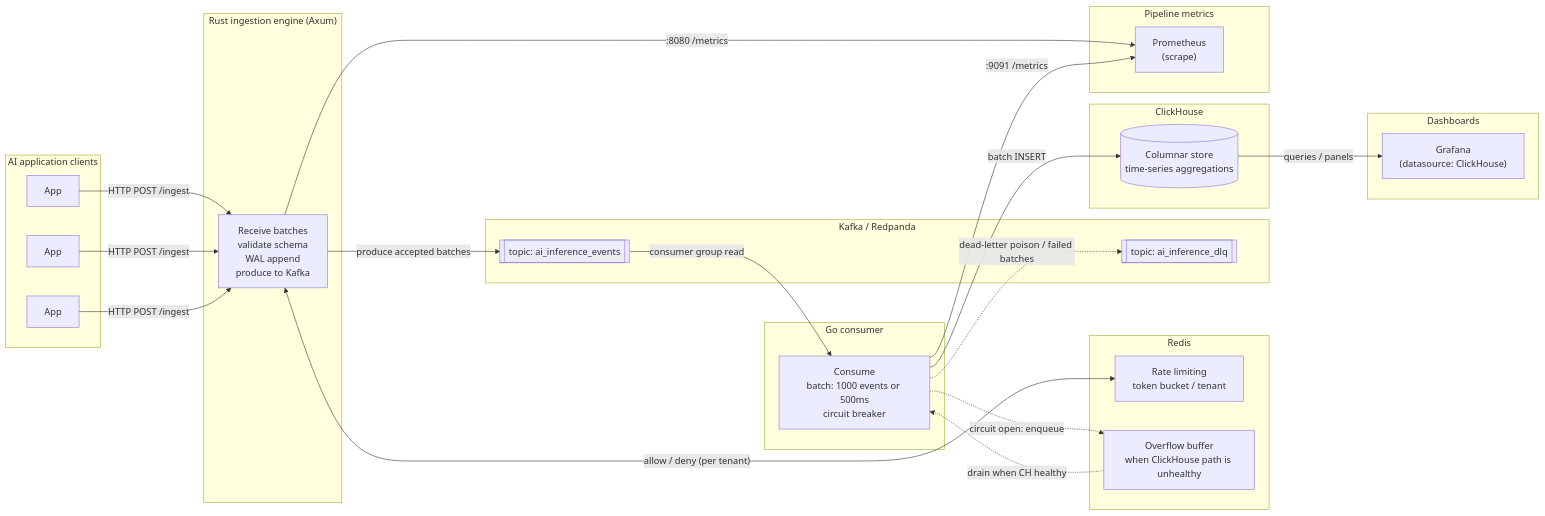
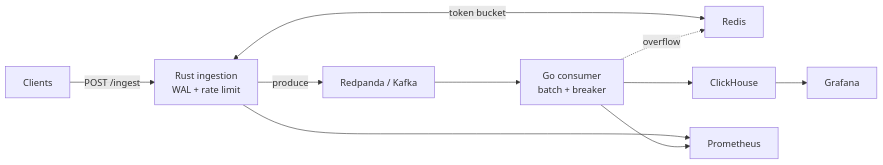
One commit to AkshantVats/infra-ai-streaming changed the diagram in README.md. Above: the diagram before and after it, drawn with Mermaid. The commit also changed other lines of this file and 26 other files, not shown here.

````diff
--- a/README.md
+++ b/README.md
@@ -29,50 +75,11 @@
 ```mermaid
 flowchart LR
-  subgraph clients["AI application clients"]
-    C1["App"]
-    C2["App"]
-    C3["App"]
-  end
-
-  subgraph rust["Rust ingestion engine (Axum)"]
-    R["Receive batches\nvalidate schema\nWAL append\nproduce to Kafka"]
-  end
-
-  subgraph redis["Redis"]
-    RL["Rate limiting\ntoken bucket / tenant"]
-    OV["Overflow buffer\nwhen ClickHouse path is unhealthy"]
-  end
-
-  subgraph kafka["Kafka / Redpanda"]
-    TEV[["topic: ai_inference_events"]]
-    TDLQ[["topic: ai_inference_dlq"]]
-  end
-
-  subgraph go["Go consumer"]
-    G["Consume\nbatch: 1000 events or 500ms\ncircuit breaker"]
-  end
-
-  subgraph ch["ClickHouse"]
-    CH[("Columnar store\ntime-series aggregations")]
-  end
-
-  subgraph viz["Dashboards"]
-    GF["Grafana\n(datasource: ClickHouse)"]
-  end
-
-  subgraph prom["Pipeline metrics"]
-    PR["Prometheus\n(scrape)"]
-  end
-
-  C1 & C2 & C3 -->|"HTTP POST /ingest"| R
-  R <-->|"allow / deny (per tenant)"| RL
-  R -->|"produce accepted batches"| TEV
-  TEV -->|"consumer group read"| G
-  G -->|"batch INSERT"| CH
-  G -.->|"circuit open: enqueue"| OV
-  G -.->|"dead-letter poison / failed batches"| TDLQ
-  OV -.->|"drain when CH healthy"| G
-  CH -->|"queries / panels"| GF
-  R -->|":8080 /metrics"| PR
-  G -->|":9091 /metrics"| PR
+  clients["Clients"] -->|"POST /ingest"| ingestion["Rust ingestion\nWAL + rate limit"]
+  ingestion <-->|"token bucket"| redis["Redis"]
+  ingestion -->|"produce"| kafka["Redpanda / Kafka"]
+  kafka --> consumer["Go consumer\nbatch + breaker"]
+  consumer --> clickhouse["ClickHouse"]
+  consumer -.->|"overflow"| redis
+  ingestion & consumer --> prom["Prometheus"]
+  clickhouse --> grafana["Grafana"]
 ```
````
